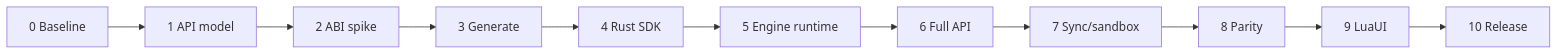
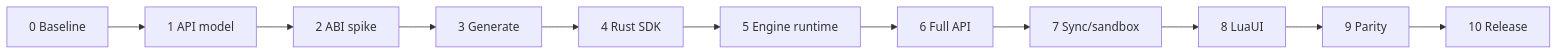
Before and after one commit to gajop/spring-rust: the diagram in rts/wasm/docs/recoil_wasm_implementation_plan.md, drawn with Mermaid. The commit also changed other lines of this file and 95 other files, not shown here.

````diff
--- a/rts/wasm/docs/recoil_wasm_implementation_plan.md
+++ b/rts/wasm/docs/recoil_wasm_implementation_plan.md
@@ -414,13 +416,13 @@
 ```mermaid
 flowchart LR
     P0["0 Baseline"] --> P1["1 API model"]
     P1 --> P2["2 ABI spike"]
     P2 --> P3["3 Generate"]
     P3 --> P4["4 Rust SDK"]
     P4 --> P5["5 Engine runtime"]
     P5 --> P6["6 Full API"]
     P6 --> P7["7 Sync/sandbox"]
-    P7 --> P8["8 Parity"]
-    P8 --> P9["9 LuaUI"]
+    P7 --> P8["8 LuaUI"]
+    P8 --> P9["9 Parity"]
     P9 --> P10["10 Release"]
 ```
````
